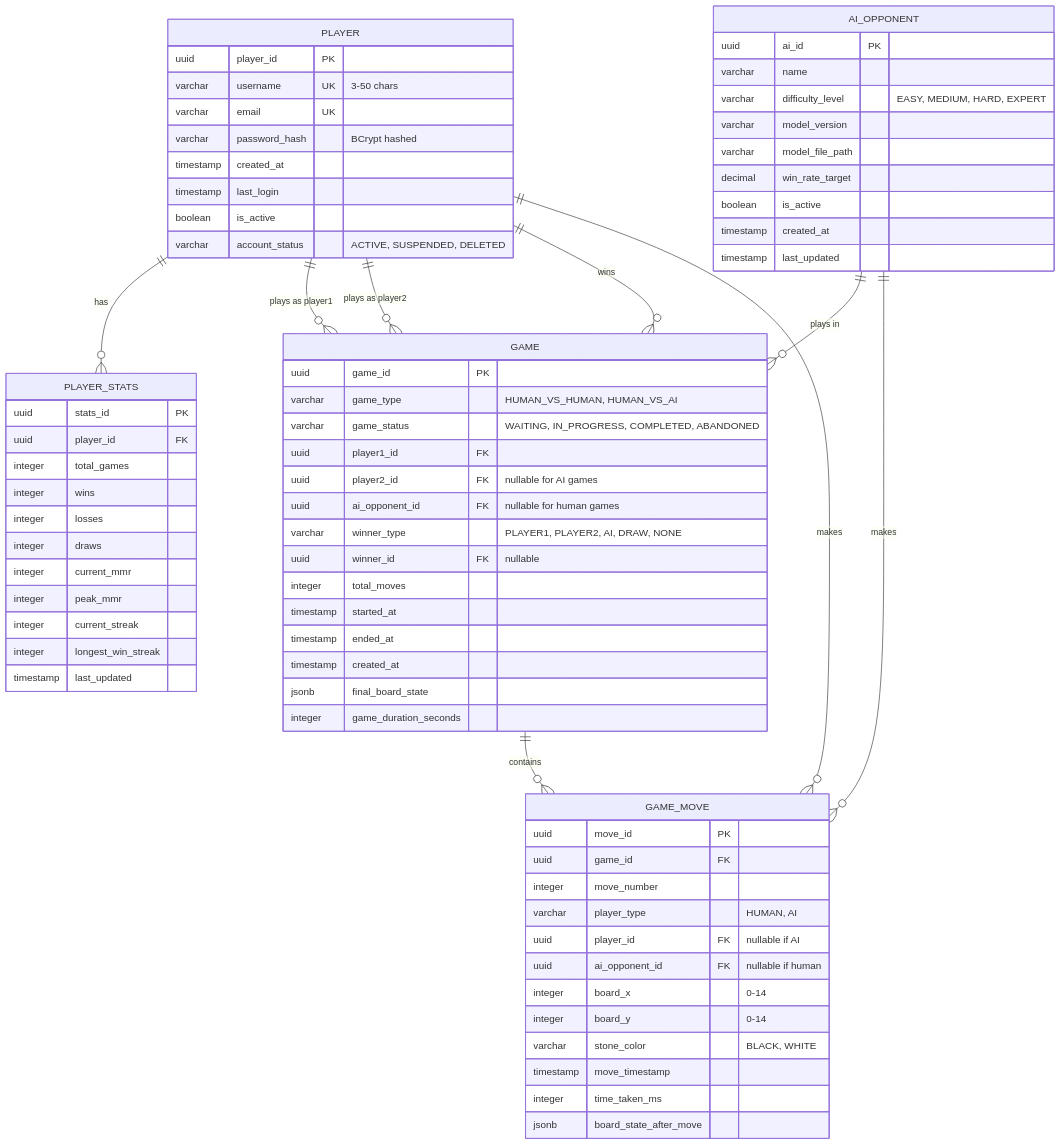
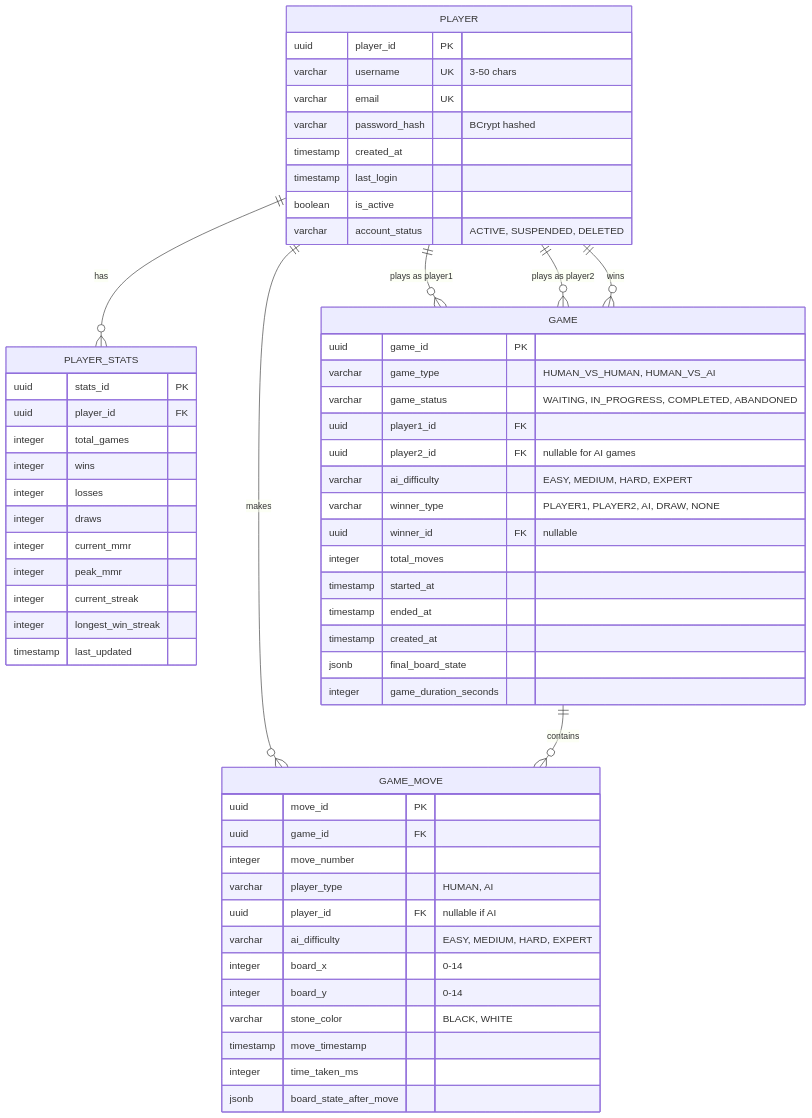
Before and after one commit to byuly/GomokuMatching: the diagram in backend/src/main/java/com/gomokumatching/model/database.md, drawn with Mermaid. The commit also changed other lines of this file and 1 other file, not shown here.

````diff
--- a/backend/src/main/java/com/gomokumatching/model/database.md
+++ b/backend/src/main/java/com/gomokumatching/model/database.md
@@ -38,25 +38,13 @@
         timestamp last_updated
     }
 
-    AI_OPPONENT {
-        uuid ai_id PK
-        varchar name
-        varchar difficulty_level "EASY, MEDIUM, HARD, EXPERT"
-        varchar model_version
-        varchar model_file_path
-        decimal win_rate_target
-        boolean is_active
-        timestamp created_at
-        timestamp last_updated
-    }
-
     GAME {
         uuid game_id PK
         varchar game_type "HUMAN_VS_HUMAN, HUMAN_VS_AI"
         varchar game_status "WAITING, IN_PROGRESS, COMPLETED, ABANDONED"
         uuid player1_id FK
         uuid player2_id FK "nullable for AI games"
-        uuid ai_opponent_id FK "nullable for human games"
+        varchar ai_difficulty "EASY, MEDIUM, HARD, EXPERT"
         varchar winner_type "PLAYER1, PLAYER2, AI, DRAW, NONE"
         uuid winner_id FK "nullable"
         integer total_moves
@@ -73,7 +61,7 @@
         integer move_number
         varchar player_type "HUMAN, AI"
         uuid player_id FK "nullable if AI"
-        uuid ai_opponent_id FK "nullable if human"
+        varchar ai_difficulty "EASY, MEDIUM, HARD, EXPERT"
         integer board_x "0-14"
         integer board_y "0-14"
         varchar stone_color "BLACK, WHITE"
@@ -89,8 +77,5 @@
     PLAYER ||--o{ GAME : "wins"
     PLAYER ||--o{ GAME_MOVE : makes
 
-    AI_OPPONENT ||--o{ GAME : "plays in"
-    AI_OPPONENT ||--o{ GAME_MOVE : makes
-
     GAME ||--o{ GAME_MOVE : contains
 ```
````
